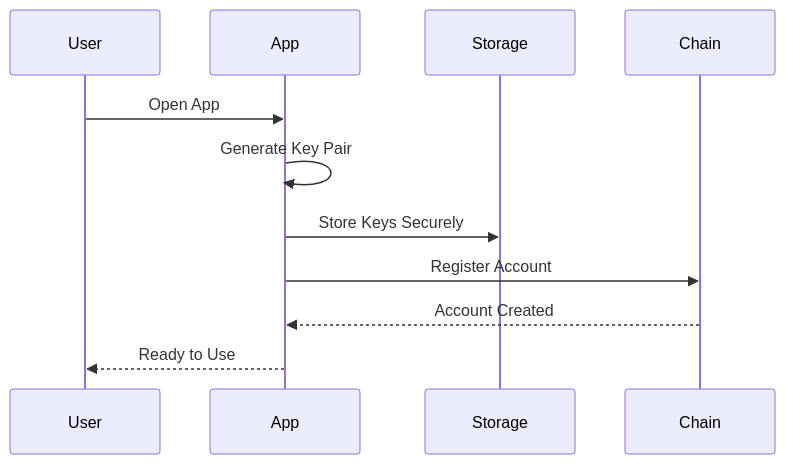
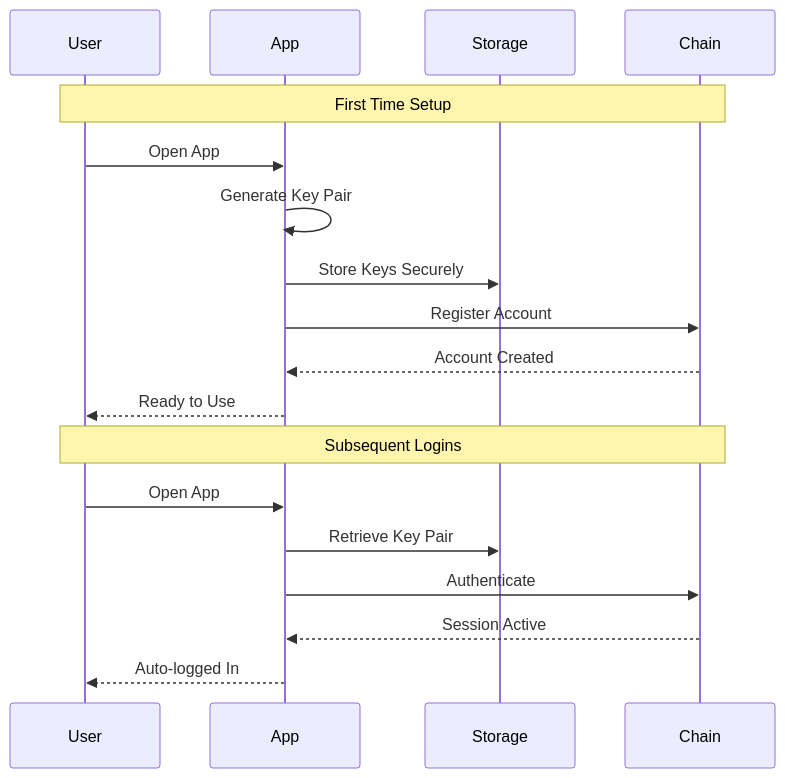
One commit to filiksyos/androidtodo changed the second of 8 diagrams in README.md. Above: the diagram before and after it, drawn with Mermaid. The commit also changed other lines of this file, not shown here.

````diff
--- a/README.md
+++ b/README.md
@@ -55,14 +122,22 @@
 ```mermaid
 sequenceDiagram
     participant User
     participant App
     participant Storage
     participant Chain
 
+    Note over User,Chain: First Time Setup
     User->>App: Open App
     App->>App: Generate Key Pair
     App->>Storage: Store Keys Securely
     App->>Chain: Register Account
     Chain-->>App: Account Created
     App-->>User: Ready to Use
+
+    Note over User,Chain: Subsequent Logins
+    User->>App: Open App
+    App->>Storage: Retrieve Key Pair
+    App->>Chain: Authenticate
+    Chain-->>App: Session Active
+    App-->>User: Auto-logged In
 ```
````
